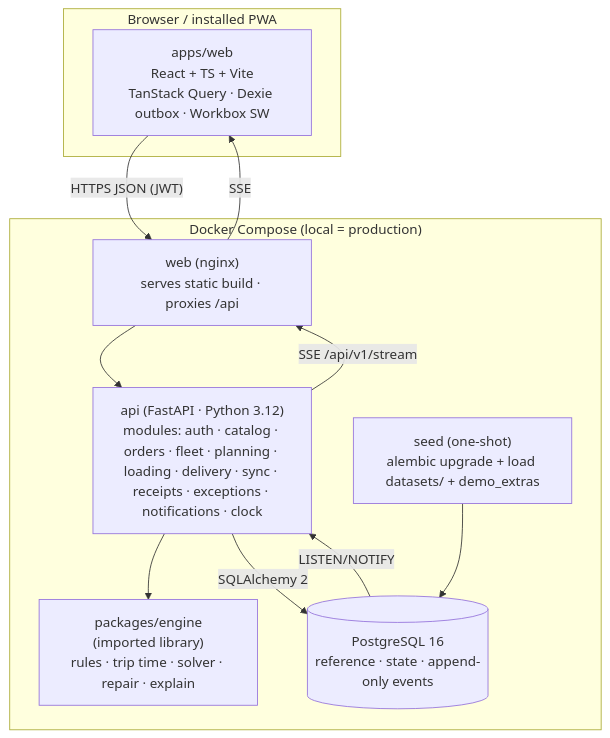
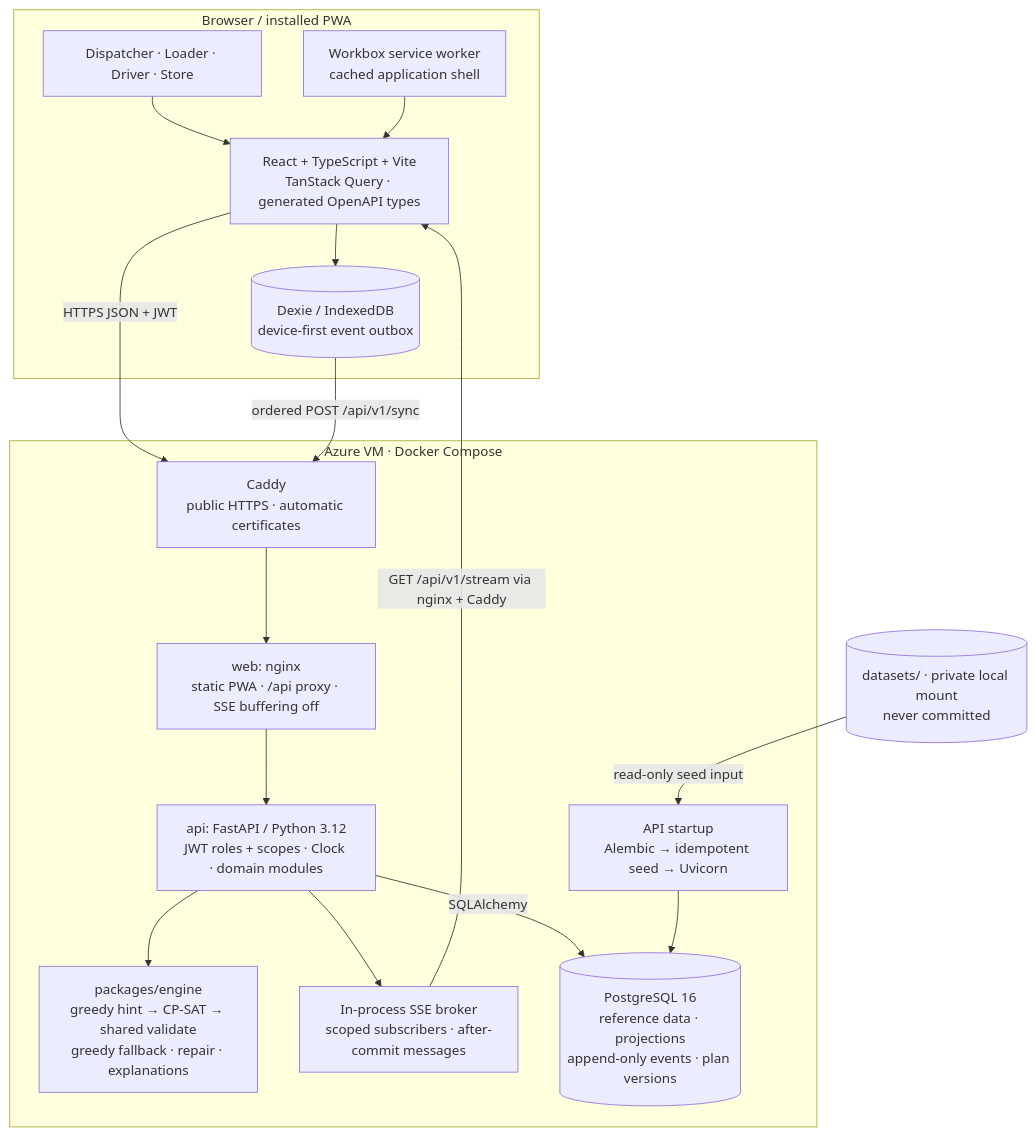
One commit to jtharindudhanushka/Xora_Waypoint changed the first of 4 diagrams in docs/03-architecture.md. Above: the diagram before and after it, drawn with Mermaid. The commit also changed other lines of this file and 3 other files, not shown here.

Commit message:
docs(architecture): align deployed diagrams and video script

````diff
--- a/docs/03-architecture.md
+++ b/docs/03-architecture.md
@@ -18,19 +15,31 @@
 ```mermaid
 flowchart TB
-  subgraph Browser["Browser / installed PWA"]
-    WEB["apps/web<br/>React + TS + Vite<br/>TanStack Query · Dexie outbox · Workbox SW"]
+  subgraph Client["Browser / installed PWA"]
+    ROLES["Dispatcher · Loader · Driver · Store"]
+    WEB["React + TypeScript + Vite<br/>TanStack Query · generated OpenAPI types"]
+    OUTBOX[("Dexie / IndexedDB<br/>device-first event outbox")]
+    SW["Workbox service worker<br/>cached application shell"]
+    ROLES --> WEB
+    WEB --> OUTBOX
+    SW --> WEB
   end
-  subgraph Server["Docker Compose (local = production)"]
-    PROXY["web (nginx)<br/>serves static build · proxies /api"]
-    API["api (FastAPI · Python 3.12)<br/>modules: auth · catalog · orders · fleet · planning · loading · delivery · sync · receipts · exceptions · notifications · clock"]
-    ENG["packages/engine<br/>(imported library)<br/>rules · trip time · solver · repair · explain"]
-    DB[("PostgreSQL 16<br/>reference · state · append-only events")]
-    SEED["seed (one-shot)<br/>alembic upgrade + load datasets/ + demo_extras"]
+  subgraph VM["Azure VM · Docker Compose"]
+    TLS["Caddy<br/>public HTTPS · automatic certificates"]
+    NGINX["web: nginx<br/>static PWA · /api proxy · SSE buffering off"]
+    API["api: FastAPI / Python 3.12<br/>JWT roles + scopes · Clock · domain modules"]
+    ENGINE["packages/engine<br/>greedy hint → CP-SAT → shared validate<br/>greedy fallback · repair · explanations"]
+    BROKER["In-process SSE broker<br/>scoped subscribers · after-commit messages"]
+    DB[("PostgreSQL 16<br/>reference data · projections<br/>append-only events · plan versions")]
+    START["API startup<br/>Alembic → idempotent seed → Uvicorn"]
+    TLS --> NGINX --> API
+    API --> ENGINE
+    API -->|SQLAlchemy| DB
+    START --> DB
+    API --> BROKER
   end
-  WEB -- "HTTPS JSON (JWT)" --> PROXY --> API
-  API -- "SSE /api/v1/stream" --> PROXY -- SSE --> WEB
-  API --> ENG
-  API -- "SQLAlchemy 2" --> DB
-  SEED --> DB
-  DB -- "LISTEN/NOTIFY" --> API
+  DATA[("datasets/ · private local mount<br/>never committed")]
+  DATA -->|read-only seed input| START
+  WEB -->|HTTPS JSON + JWT| TLS
+  OUTBOX -->|ordered POST /api/v1/sync| TLS
+  BROKER -->|GET /api/v1/stream via nginx + Caddy| WEB
 ```
````
